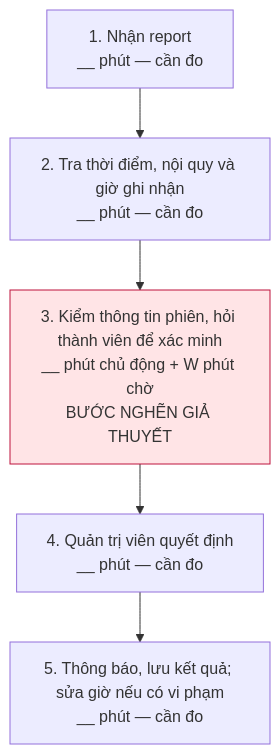
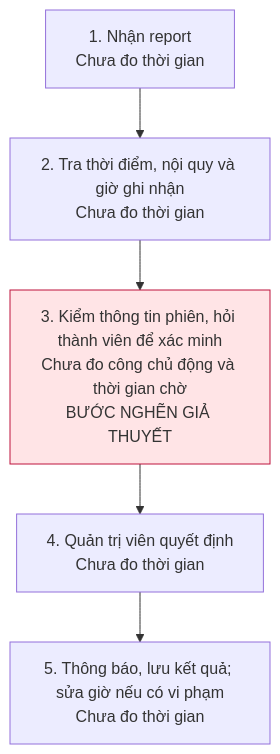
One commit to TuHoAnh/K5-L3B-DAY02-VanMinh-DiscoveryProblemFraming changed the third of 3 diagrams in report/individual/2A202603819_LeThanhTung.md. Above: the diagram before and after it, drawn with Mermaid. The commit also changed other lines of this file and 2 other files, not shown here.

Commit message:
docs: expand Tung CP6 proposal and polish individual report

````diff
--- a/report/individual/2A202603819_LeThanhTung.md
+++ b/report/individual/2A202603819_LeThanhTung.md
@@ -122,8 +122,8 @@
 ```mermaid
 flowchart TD
-  A["1. Nhận report<br/>__ phút — cần đo"] --> B["2. Tra thời điểm, nội quy và giờ ghi nhận<br/>__ phút — cần đo"]
-  B --> C["3. Kiểm thông tin phiên, hỏi thành viên để xác minh<br/>__ phút chủ động + W phút chờ<br/>BƯỚC NGHẼN GIẢ THUYẾT"]
-  C --> D["4. Quản trị viên quyết định<br/>__ phút — cần đo"]
-  D --> E["5. Thông báo, lưu kết quả; sửa giờ nếu có vi phạm<br/>__ phút — cần đo"]
+  A["1. Nhận report<br/>Chưa đo thời gian"] --> B["2. Tra thời điểm, nội quy và giờ ghi nhận<br/>Chưa đo thời gian"]
+  B --> C["3. Kiểm thông tin phiên, hỏi thành viên để xác minh<br/>Chưa đo công chủ động và thời gian chờ<br/>BƯỚC NGHẼN GIẢ THUYẾT"]
+  C --> D["4. Quản trị viên quyết định<br/>Chưa đo thời gian"]
+  D --> E["5. Thông báo, lưu kết quả; sửa giờ nếu có vi phạm<br/>Chưa đo thời gian"]
   style C fill:#ffe4e6,stroke:#be123c
 ```
````
